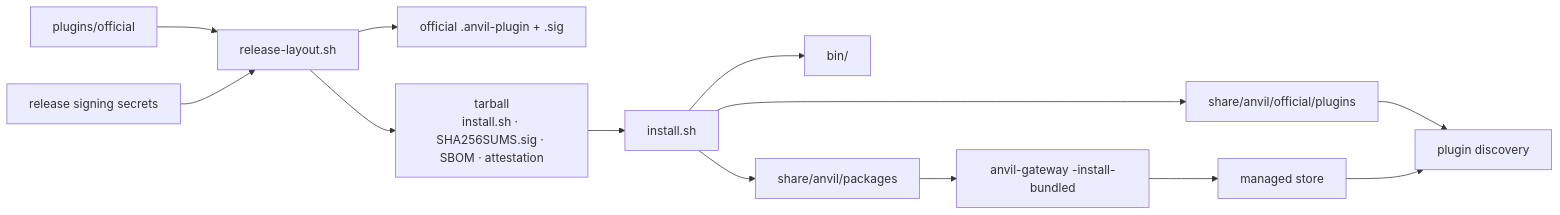
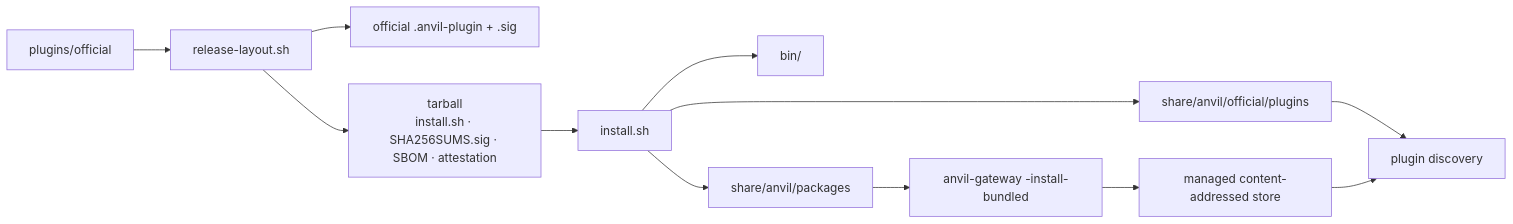
Before and after one commit to GBLMX/Anvil: the fourth of 5 diagrams in docs/architecture-visual.md, drawn with Mermaid. The commit also changed other lines of this file and 3 other files, not shown here.

First line of the commit message:
Refresh architecture maps for 0.6.0

````diff
--- a/docs/architecture-visual.md
+++ b/docs/architecture-visual.md
@@ -196,15 +167,14 @@
 ```mermaid
 flowchart LR
     SRC["plugins/official"] --> LAYOUT["release-layout.sh"]
-    KEY["release signing secrets"] --> LAYOUT
     LAYOUT --> PACK["official .anvil-plugin + .sig"]
     LAYOUT --> ART["tarball<br/>install.sh · SHA256SUMS.sig · SBOM · attestation"]
-    ART --> INST["install.sh"]
-    INST --> BIN["bin/"]
-    INST --> BUN["share/anvil/official/plugins"]
-    INST --> PKG["share/anvil/packages"]
-    PKG --> BOOT["anvil-gateway -install-bundled"]
-    BOOT --> STORE["managed store"]
-    BUN --> DISC["plugin discovery"]
-    STORE --> DISC
+    ART --> INSTALL["install.sh"]
+    INSTALL --> BIN["bin/"]
+    INSTALL --> BUNDLED["share/anvil/official/plugins"]
+    INSTALL --> STORE["share/anvil/packages"]
+    BUNDLED --> DISCOVERY["plugin discovery"]
+    STORE --> BOOT["anvil-gateway -install-bundled"]
+    BOOT --> MANAGED["managed content-addressed store"]
+    MANAGED --> DISCOVERY
 ```
````
